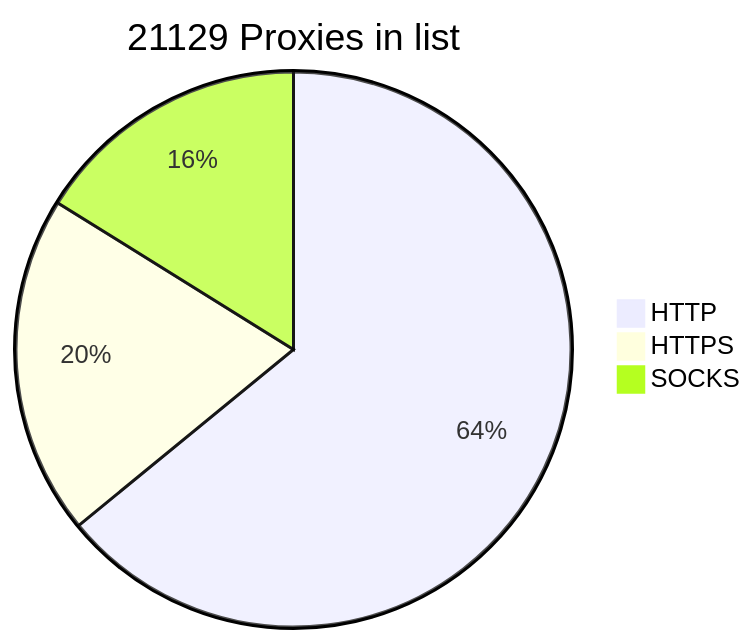
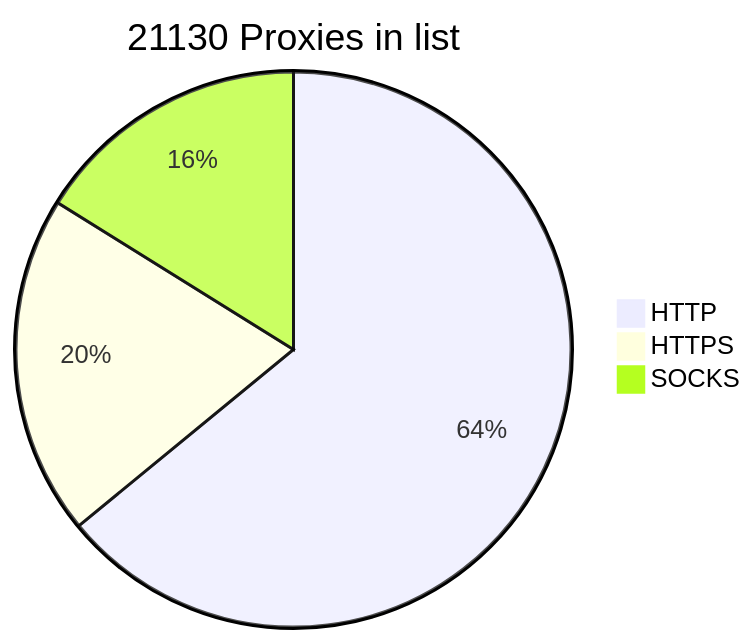
The diagram in README.md (BlackSnowDot/proxylist-update-every-minute), drawn with Mermaid before and after one commit.

````diff
--- a/README.md
+++ b/README.md
@@ -2,6 +2,6 @@
 ```mermaid
-pie title 21129 Proxies in list
-    "HTTP" : 15406
-    "HTTPS": 4756
+pie title 21130 Proxies in list
+    "HTTP" : 15402
+    "HTTPS": 4761
     "SOCKS" : 3881
 ```
````
